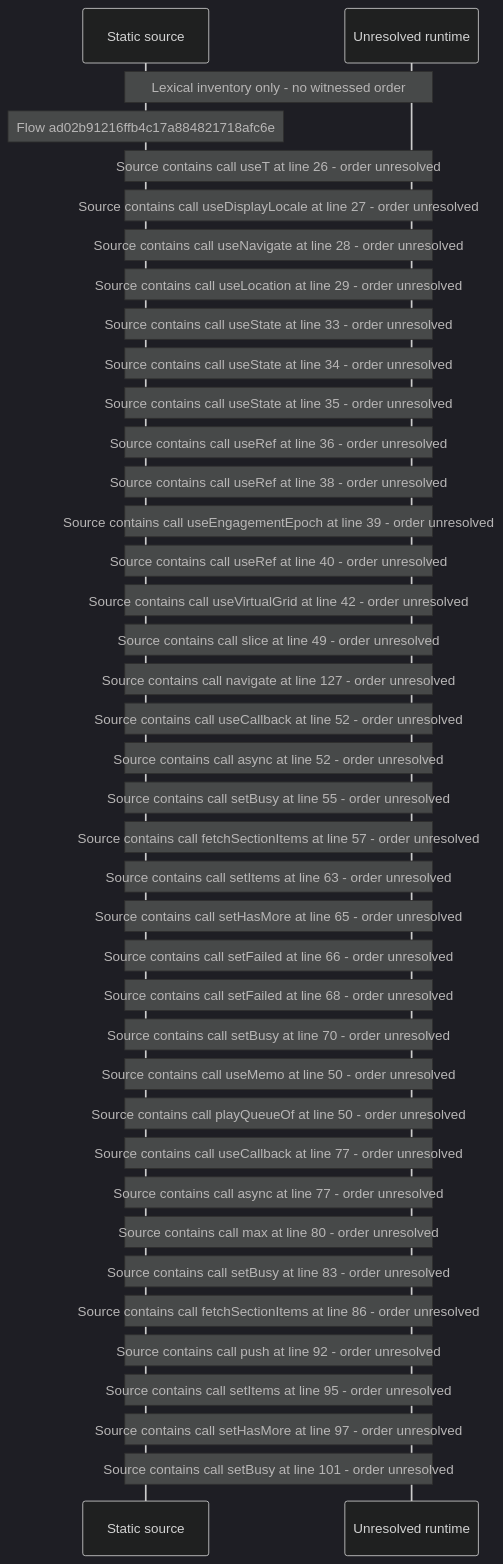
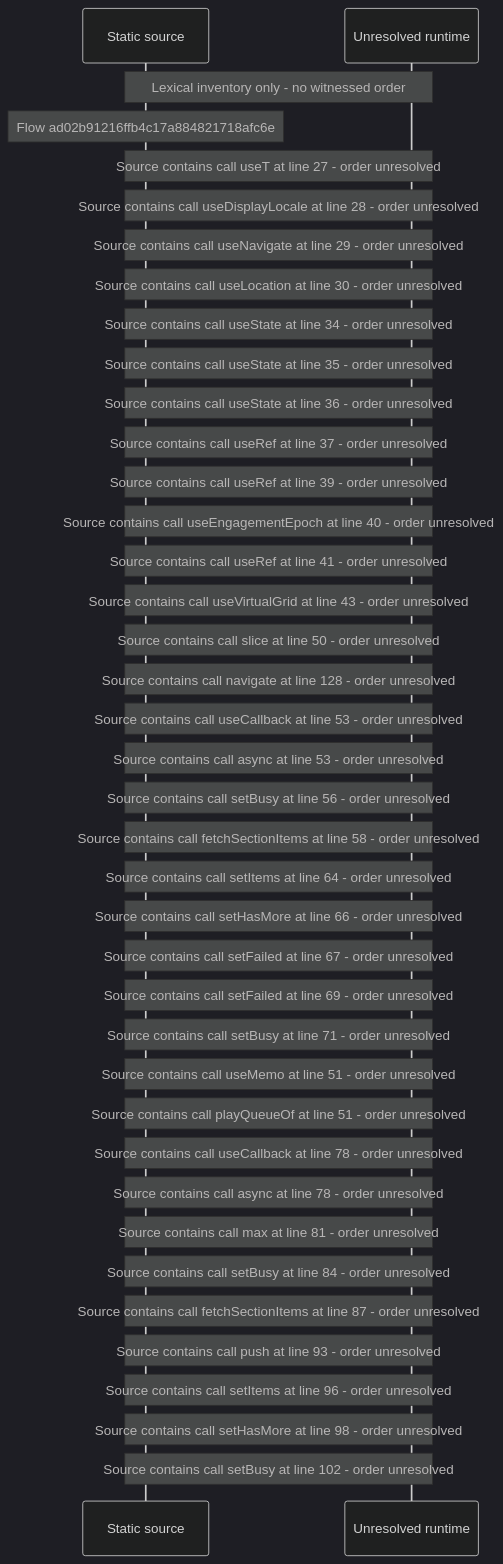
One commit to beamfall/core changed the diagram in docs/web/flows/generated/ad02b91216ffb4c17a884821718afc6e/flow-diagram.md. Above: the diagram before and after it, drawn with Mermaid (dark theme). The commit also changed other lines of this file and 715 other files, not shown here.

Commit message:
Regenerate the web flow record on the landing stack head (CORE-1762)

````diff
--- a/docs/web/flows/generated/ad02b91216ffb4c17a884821718afc6e/flow-diagram.md
+++ b/docs/web/flows/generated/ad02b91216ffb4c17a884821718afc6e/flow-diagram.md
@@ -10,41 +10,41 @@
 ```mermaid
 sequenceDiagram
     participant S as Static source
     participant U as Unresolved runtime
     Note over S,U: Lexical inventory only - no witnessed order
     Note over S: Flow ad02b91216ffb4c17a884821718afc6e
-    Note over S,U: Source contains call useT at line 26 - order unresolved
-    Note over S,U: Source contains call useDisplayLocale at line 27 - order unresolved
-    Note over S,U: Source contains call useNavigate at line 28 - order unresolved
-    Note over S,U: Source contains call useLocation at line 29 - order unresolved
-    Note over S,U: Source contains call useState at line 33 - order unresolved
+    Note over S,U: Source contains call useT at line 27 - order unresolved
+    Note over S,U: Source contains call useDisplayLocale at line 28 - order unresolved
+    Note over S,U: Source contains call useNavigate at line 29 - order unresolved
+    Note over S,U: Source contains call useLocation at line 30 - order unresolved
     Note over S,U: Source contains call useState at line 34 - order unresolved
     Note over S,U: Source contains call useState at line 35 - order unresolved
-    Note over S,U: Source contains call useRef at line 36 - order unresolved
-    Note over S,U: Source contains call useRef at line 38 - order unresolved
-    Note over S,U: Source contains call useEngagementEpoch at line 39 - order unresolved
-    Note over S,U: Source contains call useRef at line 40 - order unresolved
-    Note over S,U: Source contains call useVirtualGrid at line 42 - order unresolved
-    Note over S,U: Source contains call slice at line 49 - order unresolved
-    Note over S,U: Source contains call navigate at line 127 - order unresolved
-    Note over S,U: Source contains call useCallback at line 52 - order unresolved
-    Note over S,U: Source contains call async at line 52 - order unresolved
-    Note over S,U: Source contains call setBusy at line 55 - order unresolved
-    Note over S,U: Source contains call fetchSectionItems at line 57 - order unresolved
-    Note over S,U: Source contains call setItems at line 63 - order unresolved
-    Note over S,U: Source contains call setHasMore at line 65 - order unresolved
-    Note over S,U: Source contains call setFailed at line 66 - order unresolved
-    Note over S,U: Source contains call setFailed at line 68 - order unresolved
-    Note over S,U: Source contains call setBusy at line 70 - order unresolved
-    Note over S,U: Source contains call useMemo at line 50 - order unresolved
-    Note over S,U: Source contains call playQueueOf at line 50 - order unresolved
-    Note over S,U: Source contains call useCallback at line 77 - order unresolved
-    Note over S,U: Source contains call async at line 77 - order unresolved
-    Note over S,U: Source contains call max at line 80 - order unresolved
-    Note over S,U: Source contains call setBusy at line 83 - order unresolved
-    Note over S,U: Source contains call fetchSectionItems at line 86 - order unresolved
-    Note over S,U: Source contains call push at line 92 - order unresolved
-    Note over S,U: Source contains call setItems at line 95 - order unresolved
-    Note over S,U: Source contains call setHasMore at line 97 - order unresolved
-    Note over S,U: Source contains call setBusy at line 101 - order unresolved
+    Note over S,U: Source contains call useState at line 36 - order unresolved
+    Note over S,U: Source contains call useRef at line 37 - order unresolved
+    Note over S,U: Source contains call useRef at line 39 - order unresolved
+    Note over S,U: Source contains call useEngagementEpoch at line 40 - order unresolved
+    Note over S,U: Source contains call useRef at line 41 - order unresolved
+    Note over S,U: Source contains call useVirtualGrid at line 43 - order unresolved
+    Note over S,U: Source contains call slice at line 50 - order unresolved
+    Note over S,U: Source contains call navigate at line 128 - order unresolved
+    Note over S,U: Source contains call useCallback at line 53 - order unresolved
+    Note over S,U: Source contains call async at line 53 - order unresolved
+    Note over S,U: Source contains call setBusy at line 56 - order unresolved
+    Note over S,U: Source contains call fetchSectionItems at line 58 - order unresolved
+    Note over S,U: Source contains call setItems at line 64 - order unresolved
+    Note over S,U: Source contains call setHasMore at line 66 - order unresolved
+    Note over S,U: Source contains call setFailed at line 67 - order unresolved
+    Note over S,U: Source contains call setFailed at line 69 - order unresolved
+    Note over S,U: Source contains call setBusy at line 71 - order unresolved
+    Note over S,U: Source contains call useMemo at line 51 - order unresolved
+    Note over S,U: Source contains call playQueueOf at line 51 - order unresolved
+    Note over S,U: Source contains call useCallback at line 78 - order unresolved
+    Note over S,U: Source contains call async at line 78 - order unresolved
+    Note over S,U: Source contains call max at line 81 - order unresolved
+    Note over S,U: Source contains call setBusy at line 84 - order unresolved
+    Note over S,U: Source contains call fetchSectionItems at line 87 - order unresolved
+    Note over S,U: Source contains call push at line 93 - order unresolved
+    Note over S,U: Source contains call setItems at line 96 - order unresolved
+    Note over S,U: Source contains call setHasMore at line 98 - order unresolved
+    Note over S,U: Source contains call setBusy at line 102 - order unresolved
 ```
````
